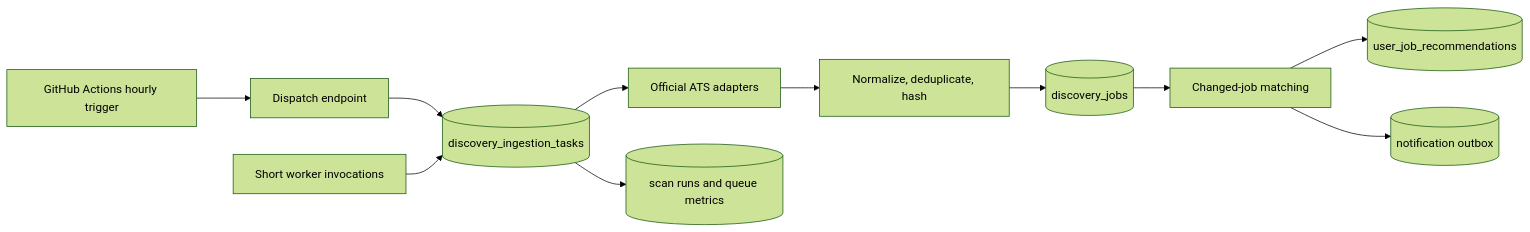
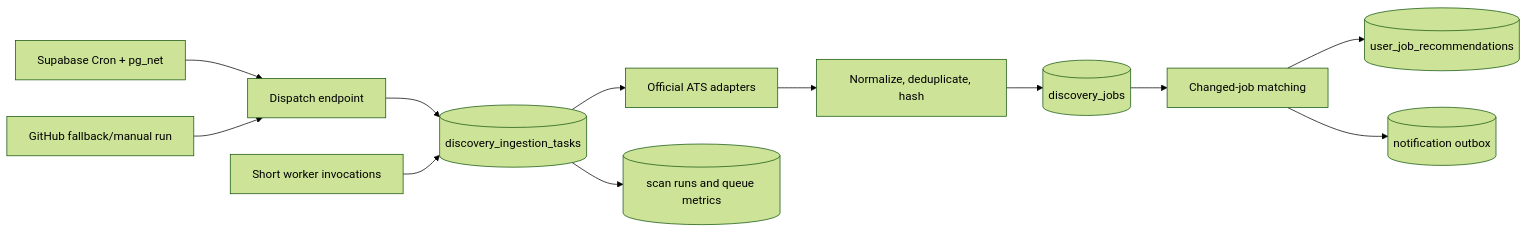
One commit to Dnemni/Applihero changed the diagram in docs/backend-ingestion-engine-plan.md. Above: the diagram before and after it, drawn with Mermaid (forest theme). The commit also changed other lines of this file and 8 other files, not shown here.

````diff
--- a/docs/backend-ingestion-engine-plan.md
+++ b/docs/backend-ingestion-engine-plan.md
@@ -23,13 +32,14 @@
 ```mermaid
 flowchart LR
-  Scheduler["GitHub Actions hourly trigger"] --> Dispatch["Dispatch endpoint"]
+  Scheduler["Supabase Cron + pg_net"] --> Dispatch["Dispatch endpoint"]
+  Fallback["GitHub fallback/manual run"] --> Dispatch
   Dispatch --> Tasks[("discovery_ingestion_tasks")]
   Workers["Short worker invocations"] --> Tasks
   Tasks --> Providers["Official ATS adapters"]
   Providers --> Normalize["Normalize, deduplicate, hash"]
   Normalize --> Catalog[("discovery_jobs")]
   Catalog --> Match["Changed-job matching"]
   Match --> Feed[("user_job_recommendations")]
   Match --> Alerts[("notification outbox")]
   Tasks --> Metrics[("scan runs and queue metrics")]
 ```
````
